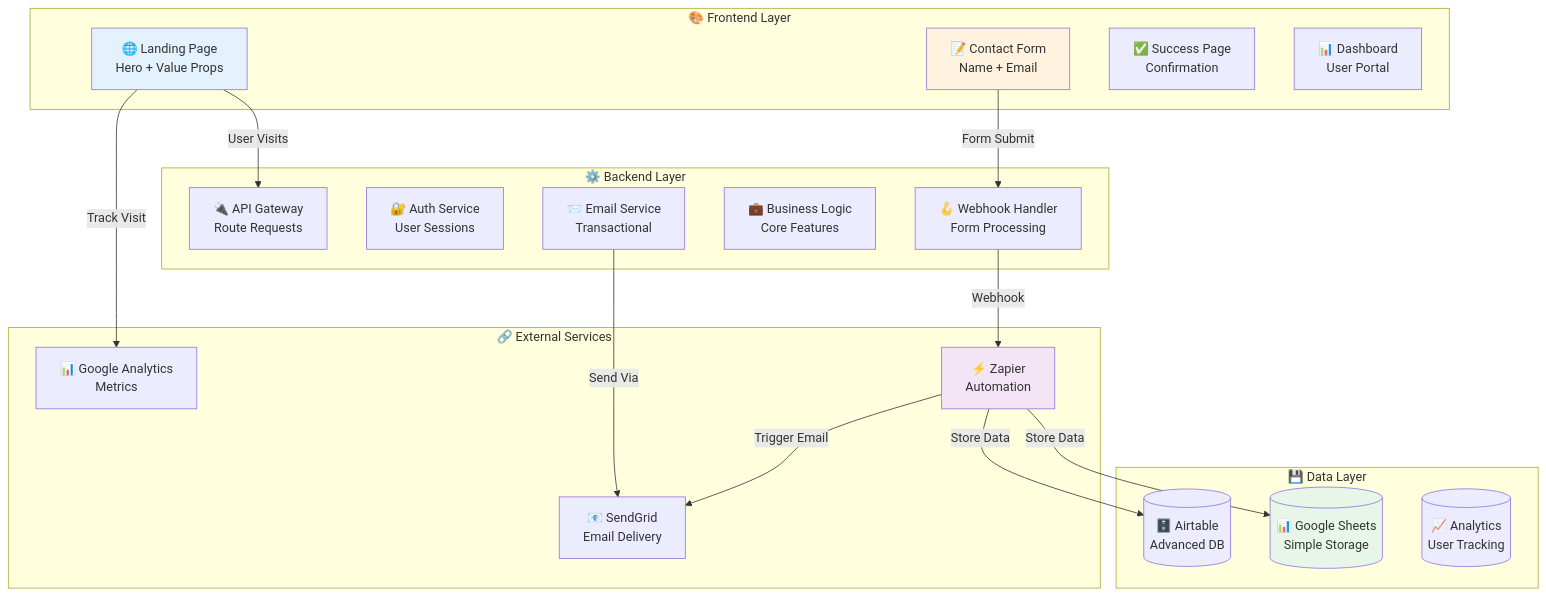
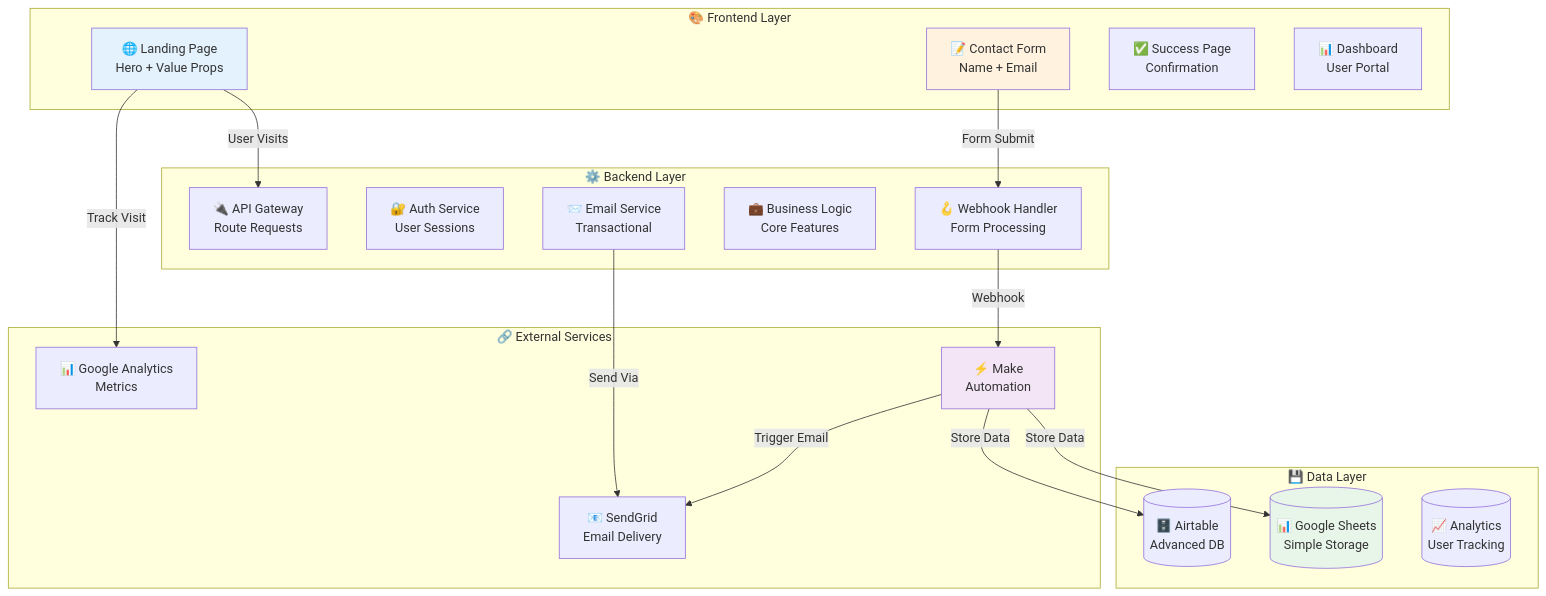
The third of 11 diagrams in steps/2-sketch.md (Flying-Pig-Labs/idea-to-app-workshop), drawn with Mermaid before and after one commit. The commit also changed other lines of this file and 3 other files, not shown here.

````diff
--- a/steps/2-sketch.md
+++ b/steps/2-sketch.md
@@ -237,43 +237,43 @@
 ```mermaid
 graph TB
     subgraph "🎨 Frontend Layer"
         A[🌐 Landing Page<br/>Hero + Value Props]
         B[📝 Contact Form<br/>Name + Email]
         C[✅ Success Page<br/>Confirmation]
         D[📊 Dashboard<br/>User Portal]
     end
     
     subgraph "⚙️ Backend Layer"
         E[🔌 API Gateway<br/>Route Requests]
         F[🔐 Auth Service<br/>User Sessions]
         G[📨 Email Service<br/>Transactional]
         H[💼 Business Logic<br/>Core Features]
         I[🪝 Webhook Handler<br/>Form Processing]
     end
     
     subgraph "💾 Data Layer"
         J[(📊 Google Sheets<br/>Simple Storage)]
         K[(🗄️ Airtable<br/>Advanced DB)]
         L[(📈 Analytics<br/>User Tracking)]
     end
     
     subgraph "🔗 External Services"
         M[📧 SendGrid<br/>Email Delivery]
-        N[⚡ Zapier<br/>Automation]
+        N[⚡ Make<br/>Automation]
         O[📊 Google Analytics<br/>Metrics]
     end
     
     A -->|User Visits| E
     B -->|Form Submit| I
     I -->|Webhook| N
     N -->|Store Data| J
     N -->|Store Data| K
     N -->|Trigger Email| M
     G -->|Send Via| M
     A -->|Track Visit| O
     
     style A fill:#e3f2fd
     style B fill:#fff3e0
     style J fill:#e8f5e9
     style N fill:#f3e5f5
 ```
````
